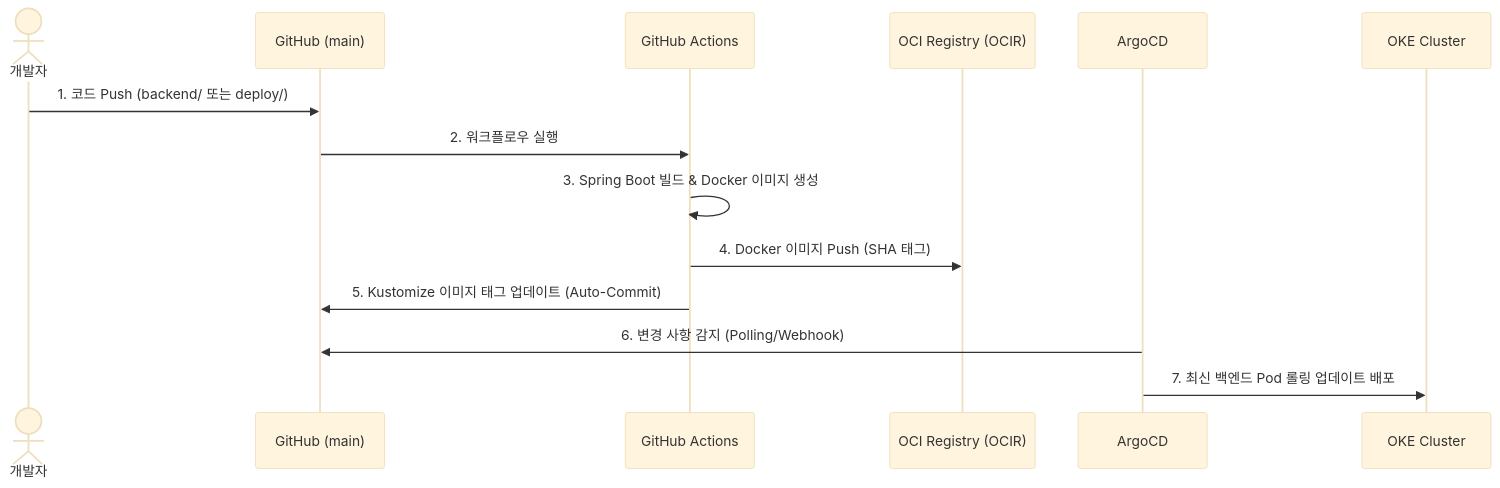
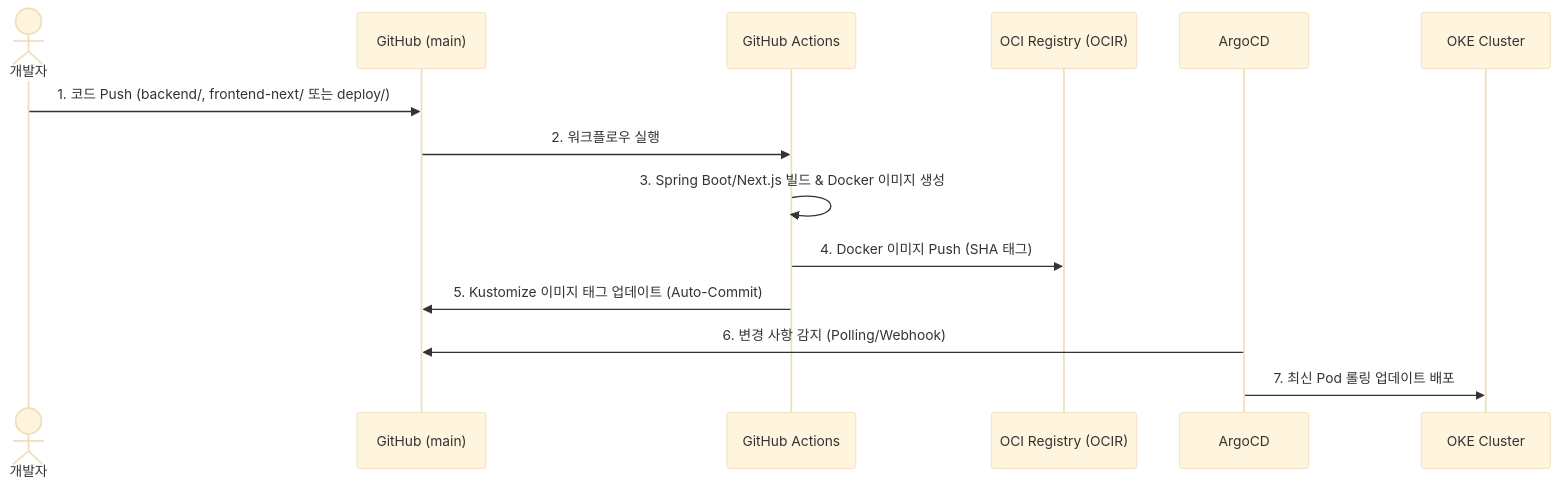
One commit to Yoonsik-Shin/self-intro changed the second of 2 diagrams in README.md. Above: the diagram before and after it, drawn with Mermaid (base theme). The commit also changed other lines of this file and 1 other file, not shown here.

First line of the commit message:
chore: docker-compose/README에서 구 프론트엔드 참조 정리

````diff
--- a/README.md
+++ b/README.md
@@ -68,17 +72,17 @@
 ```mermaid
 sequenceDiagram
     actor Developer as 개발자
     participant Git as GitHub (main)
     participant GHA as GitHub Actions
     participant OCIR as OCI Registry (OCIR)
     participant Argo as ArgoCD
     participant OKE as OKE Cluster
 
-    Developer->>Git: 1. 코드 Push (backend/ 또는 deploy/)
+    Developer->>Git: 1. 코드 Push (backend/, frontend-next/ 또는 deploy/)
     Git->>GHA: 2. 워크플로우 실행
-    GHA->>GHA: 3. Spring Boot 빌드 & Docker 이미지 생성
+    GHA->>GHA: 3. Spring Boot/Next.js 빌드 & Docker 이미지 생성
     GHA->>OCIR: 4. Docker 이미지 Push (SHA 태그)
     GHA->>Git: 5. Kustomize 이미지 태그 업데이트 (Auto-Commit)
     Argo->>Git: 6. 변경 사항 감지 (Polling/Webhook)
-    Argo->>OKE: 7. 최신 백엔드 Pod 롤링 업데이트 배포
+    Argo->>OKE: 7. 최신 Pod 롤링 업데이트 배포
 ```
````
